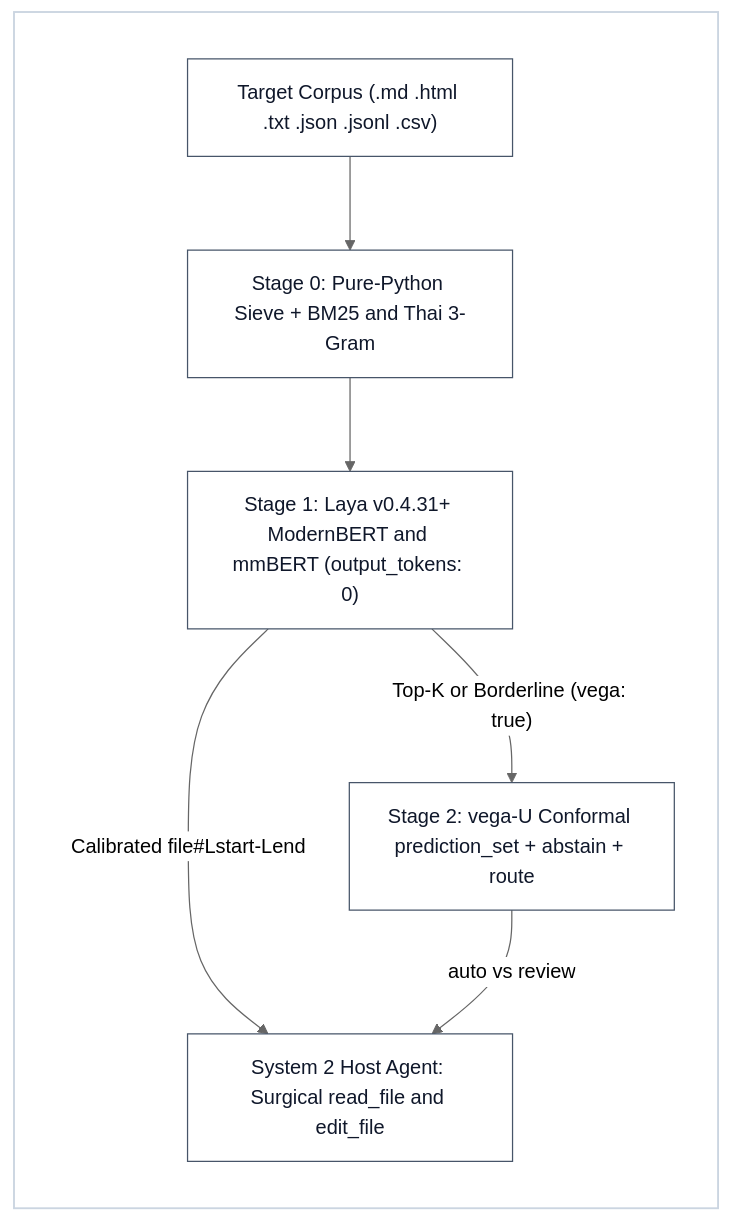
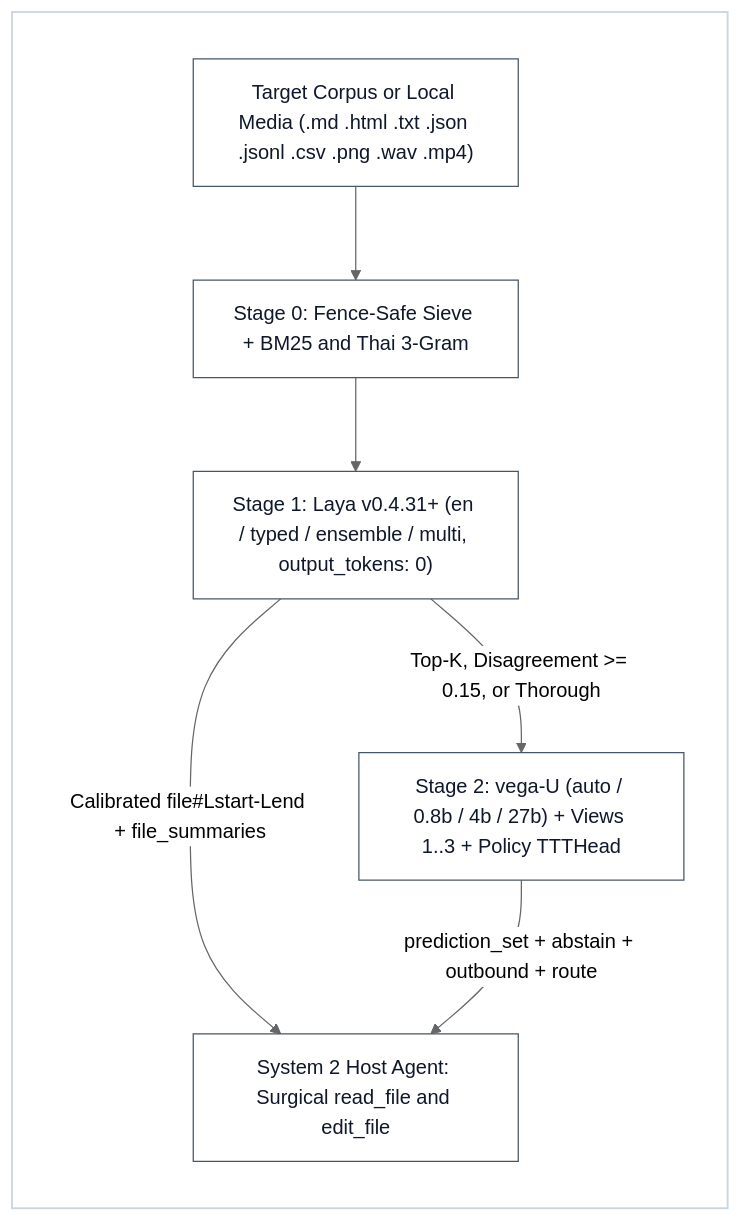
One commit to iscvlab/xboost changed the diagram in skills/xlaya/SKILL.md. Above: the diagram before and after it, drawn with Mermaid. The commit also changed other lines of this file and 3 other files, not shown here.

````diff
--- a/skills/xlaya/SKILL.md
+++ b/skills/xlaya/SKILL.md
@@ -24,13 +24,13 @@
 ```mermaid
 %%{init: {'theme': 'neutral'}}%%
 flowchart LR
     subgraph Canvas [" "]
-        In["Target Corpus (.md .html .txt .json .jsonl .csv)"] --> S0["Stage 0: Pure-Python Sieve + BM25 and Thai 3-Gram"]
-        S0 --> S1["Stage 1: Laya v0.4.31+ ModernBERT and mmBERT (output_tokens: 0)"]
-        S1 -->|"Top-K or Borderline (vega: true)"| S2["Stage 2: vega-U Conformal prediction_set + abstain + route"]
-        S1 -->|"Calibrated file#Lstart-Lend"| S3["System 2 Host Agent: Surgical read_file and edit_file"]
-        S2 -->|"auto vs review"| S3
+        In["Target Corpus or Local Media (.md .html .txt .json .jsonl .csv .png .wav .mp4)"] --> S0["Stage 0: Fence-Safe Sieve + BM25 and Thai 3-Gram"]
+        S0 --> S1["Stage 1: Laya v0.4.31+ (en / typed / ensemble / multi, output_tokens: 0)"]
+        S1 -->|"Top-K, Disagreement >= 0.15, or Thorough"| S2["Stage 2: vega-U (auto / 0.8b / 4b / 27b) + Views 1..3 + Policy TTTHead"]
+        S1 -->|"Calibrated file#Lstart-Lend + file_summaries"| S3["System 2 Host Agent: Surgical read_file and edit_file"]
+        S2 -->|"prediction_set + abstain + outbound + route"| S3
     end
     classDef default fill:#ffffff,stroke:#475569,color:#0f172a,stroke-width:1px
     style Canvas fill:#ffffff,stroke:#cbd5e1,stroke-width:1.5px,color:#0f172a
 ```
````
